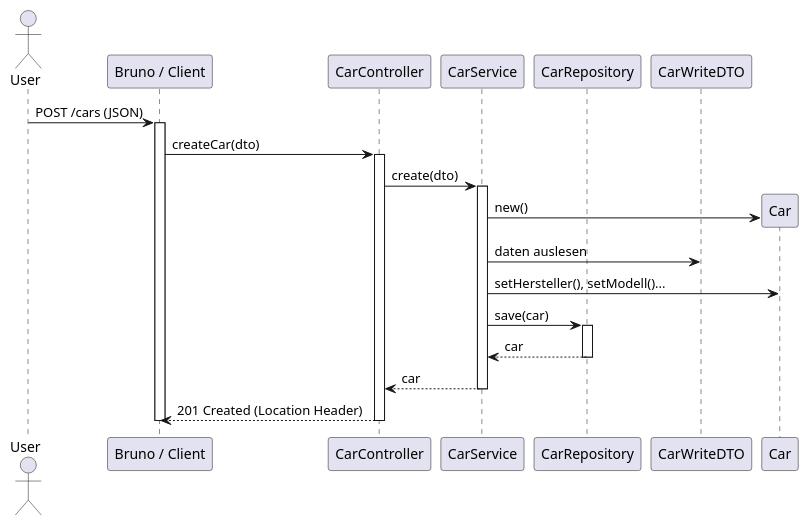
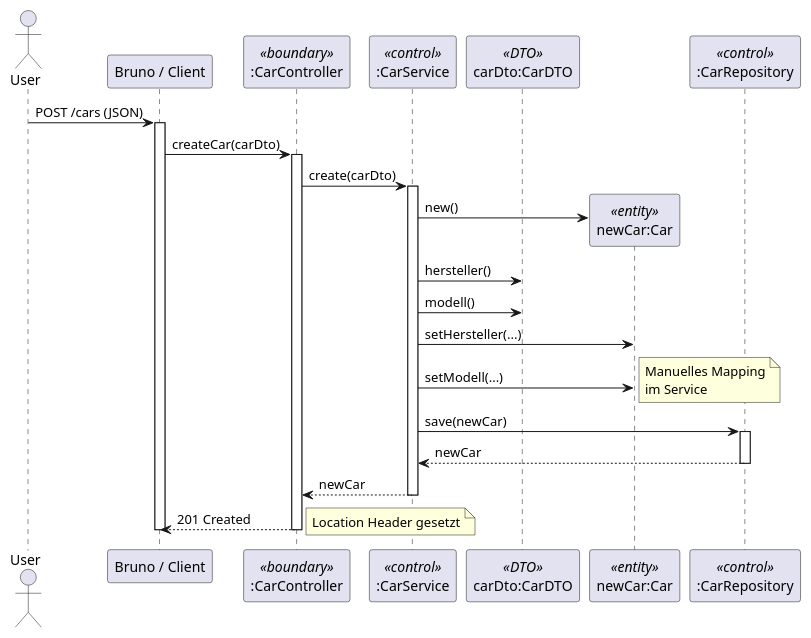
The diagram in extras/doc/sequenzdiagramm.puml (lfsrrr/rentcar), drawn with PlantUML before and after one commit. The commit also changed other lines of this file and 15 other files, not shown here.

```diff
--- a/extras/doc/sequenzdiagramm.puml
+++ b/extras/doc/sequenzdiagramm.puml
@@ -1,34 +2,55 @@
-@startuml
+@startuml sequenzdiagramm
+
+skinparam classAttributeIconSize 0
+skinparam componentStyle uml2
+
 actor User
 participant "Bruno / Client" as Client
-participant CarController
-participant CarService
-participant CarRepository
-participant CarWriteDTO
-participant Car
+participant ":CarController" as Controller << boundary >>
+participant ":CarService" as Service << control >>
+participant "carDto:CarDTO" as DTO << DTO >>
+participant "newCar:Car" as Entity << entity >>
+participant ":CarRepository" as Repository << control >>
 
 User -> Client : POST /cars (JSON)
 activate Client
-Client -> CarController : createCar(dto)
-activate CarController
 
-CarController -> CarService : create(dto)
-activate CarService
+Client -> Controller : createCar(carDto)
+activate Controller
 
-create Car
-CarService -> Car : new()
-CarService -> CarWriteDTO : daten auslesen
-CarService -> Car : setHersteller(), setModell()...
+' Controller ruft Service
+Controller -> Service : create(carDto)
+activate Service
 
-CarService -> CarRepository : save(car)
-activate CarRepository
-CarRepository --> CarService : car
-deactivate CarRepository
+' Service erstellt die neue Entity (Mapping Logik)
+create Entity
+Service -> Entity : new()
 
-CarService --> CarController : car
-deactivate CarService
+' Service liest Werte aus dem DTO (Record Getter)
+Service -> DTO : hersteller()
+Service -> DTO : modell()
+' ... weitere Getter ...
 
-CarController --> Client : 201 Created (Location Header)
-deactivate CarController
+' Service setzt Werte in die Entity
+Service -> Entity : setHersteller(...)
+Service -> Entity : setModell(...)
+note right: Manuelles Mapping\nim Service
+
+' Speichern
+Service -> Repository : save(newCar)
+activate Repository
+Repository --> Service : newCar
+deactivate Repository
+
+' Rückkehr zum Controller
+Service --> Controller : newCar
+deactivate Service
+
+' Controller baut Response
+Controller --> Client : 201 Created
+note right: Location Header gesetzt
+deactivate Controller
+
 deactivate Client
+
 @enduml
```
